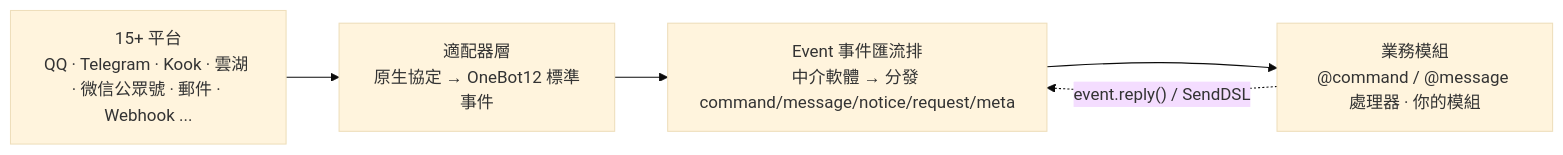
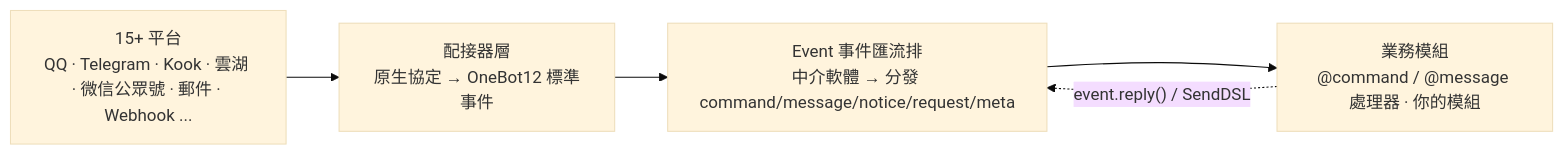
One commit to ErisPulse/ErisPulse changed the first of 2 diagrams in README.zh-TW.md. Above: the diagram before and after it, drawn with Mermaid (base theme). The commit also changed other lines of this file and 11 other files, not shown here.

````diff
--- a/README.zh-TW.md
+++ b/README.zh-TW.md
@@ -111,9 +111,9 @@
 ```mermaid
 graph LR
     P["15+ 平台<br/>QQ · Telegram · Kook · 雲湖 · 微信公眾號 · 郵件 · Webhook ..."]
-    A["適配器層<br/>原生協定 → OneBot12 標準事件"]
+    A["配接器層<br/>原生協定 → OneBot12 標準事件"]
     Event["Event 事件匯流排<br/>中介軟體 → 分發 command/message/notice/request/meta"]
     M["業務模組<br/>@command / @message 處理器 · 你的模組"]
     P --> A --> Event --> M
     M -.->|"event.reply() / SendDSL"| Event
 ```
````
